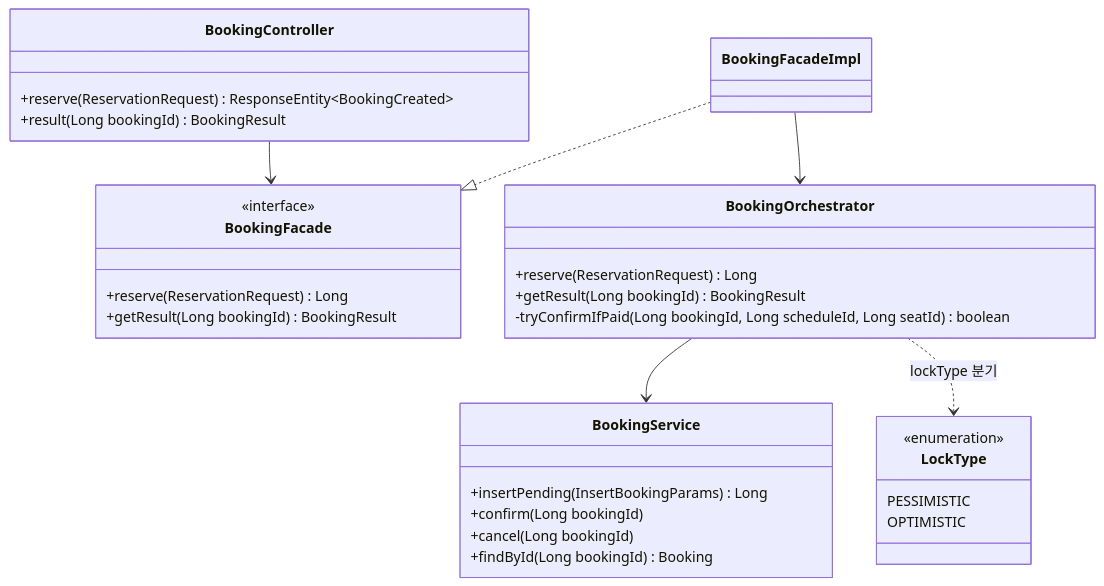
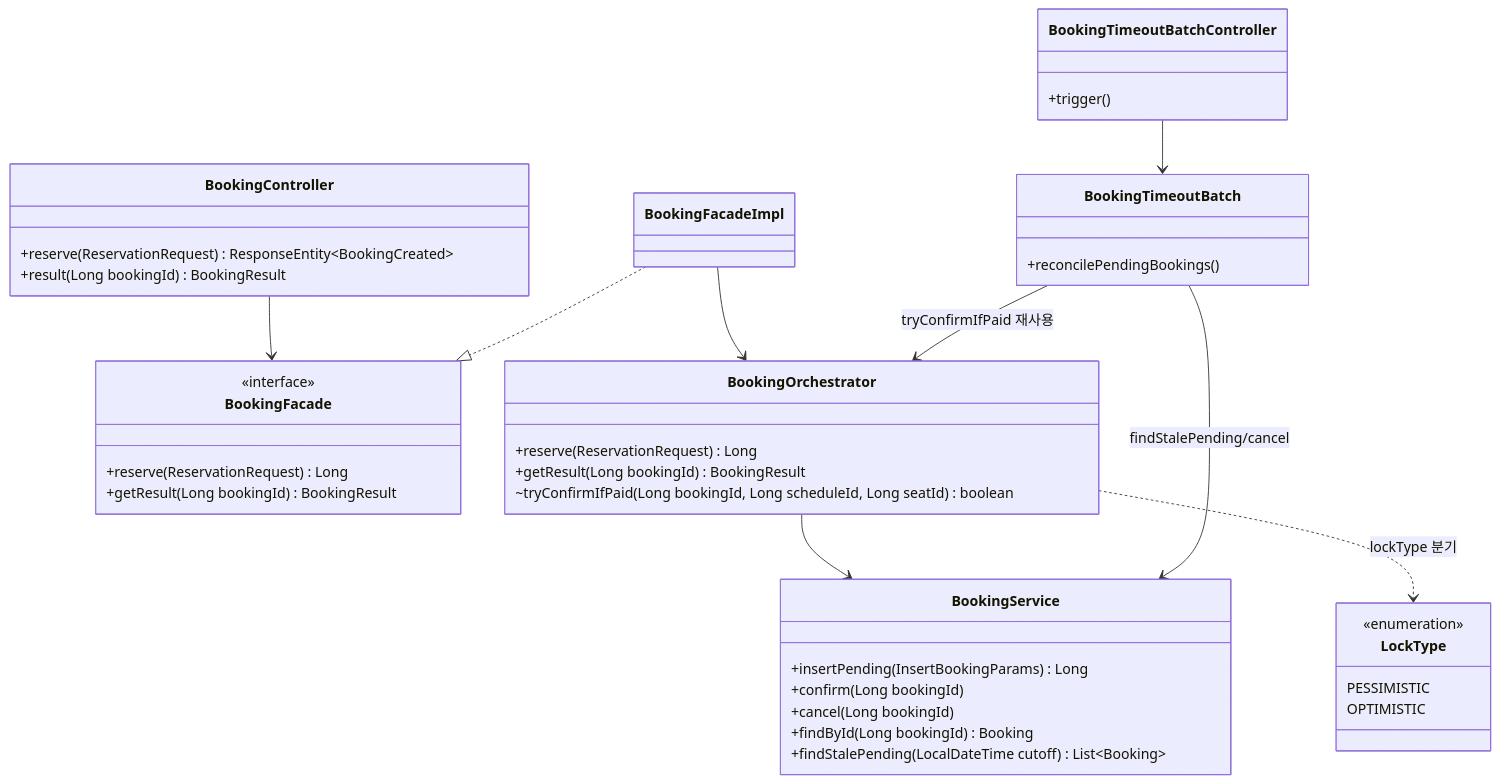
The first of 7 diagrams in docs/backend/diagram.md (soojin1999/cinema), drawn with Mermaid before and after one commit. The commit also changed other lines of this file and 12 other files, not shown here.

````diff
--- a/docs/backend/diagram.md
+++ b/docs/backend/diagram.md
@@ -21,36 +21,46 @@
 ```mermaid
 classDiagram
     direction TB
     class BookingController {
         +reserve(ReservationRequest) ResponseEntity~BookingCreated~
         +result(Long bookingId) BookingResult
     }
     class BookingFacade {
         <<interface>>
         +reserve(ReservationRequest) Long
         +getResult(Long bookingId) BookingResult
     }
     class BookingFacadeImpl
     class BookingOrchestrator {
         +reserve(ReservationRequest) Long
         +getResult(Long bookingId) BookingResult
-        -tryConfirmIfPaid(Long bookingId, Long scheduleId, Long seatId) boolean
+        ~tryConfirmIfPaid(Long bookingId, Long scheduleId, Long seatId) boolean
     }
     class BookingService {
         +insertPending(InsertBookingParams) Long
         +confirm(Long bookingId)
         +cancel(Long bookingId)
         +findById(Long bookingId) Booking
+        +findStalePending(LocalDateTime cutoff) List~Booking~
     }
     class LockType {
         <<enumeration>>
         PESSIMISTIC
         OPTIMISTIC
+    }
+    class BookingTimeoutBatch {
+        +reconcilePendingBookings()
+    }
+    class BookingTimeoutBatchController {
+        +trigger()
     }
 
     BookingController --> BookingFacade
     BookingFacadeImpl ..|> BookingFacade
     BookingFacadeImpl --> BookingOrchestrator
     BookingOrchestrator --> BookingService
     BookingOrchestrator ..> LockType : lockType 분기
+    BookingTimeoutBatchController --> BookingTimeoutBatch
+    BookingTimeoutBatch --> BookingService : findStalePending/cancel
+    BookingTimeoutBatch --> BookingOrchestrator : tryConfirmIfPaid 재사용
 ```
````
